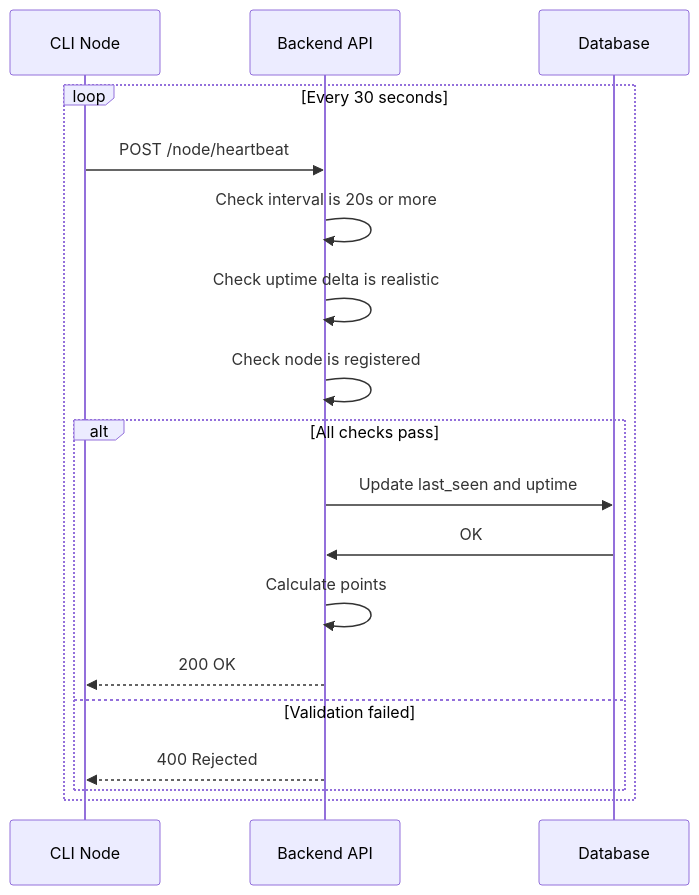
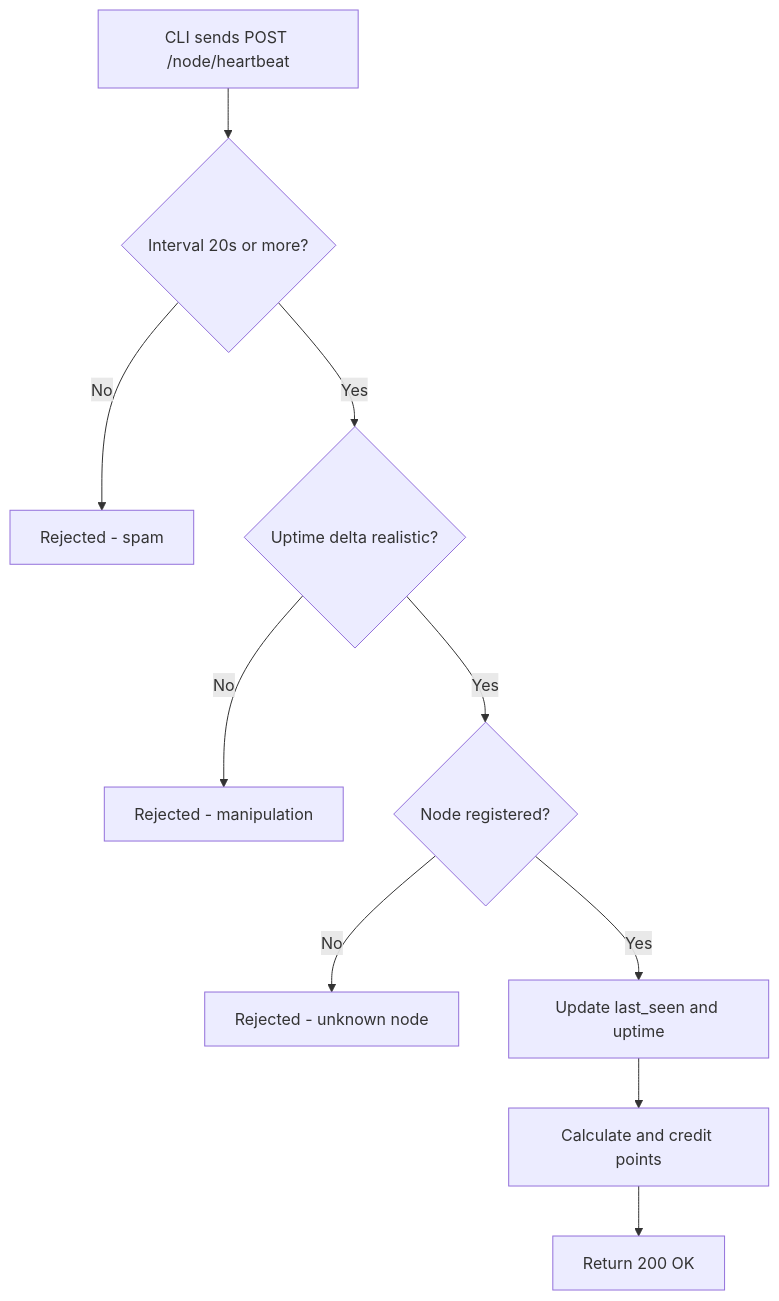
Before and after one commit to Nexora-Node/Docs: the first of 4 diagrams in node-behavior.md, drawn with Mermaid. The commit also changed other lines of this file and 5 other files, not shown here.

Commit message:
docs: remove all custom styles, simplify diagrams for clean GitBook render

````diff
--- a/node-behavior.md
+++ b/node-behavior.md
@@ -7,21 +7,12 @@
 ```mermaid
-sequenceDiagram
-    participant C as CLI Node
-    participant B as Backend API
-    participant D as Database
-
-    loop Every 30 seconds
-        C->>B: POST /node/heartbeat
-        B->>B: Check interval is 20s or more
-        B->>B: Check uptime delta is realistic
-        B->>B: Check node is registered
-        alt All checks pass
-            B->>D: Update last_seen and uptime
-            D->>B: OK
-            B->>B: Calculate points
-            B-->>C: 200 OK
-        else Validation failed
-            B-->>C: 400 Rejected
-        end
-    end
+flowchart TD
+    A[CLI sends POST /node/heartbeat] --> B{Interval 20s or more?}
+    B -->|No| C[Rejected - spam]
+    B -->|Yes| D{Uptime delta realistic?}
+    D -->|No| E[Rejected - manipulation]
+    D -->|Yes| F{Node registered?}
+    F -->|No| G[Rejected - unknown node]
+    F -->|Yes| H[Update last_seen and uptime]
+    H --> I[Calculate and credit points]
+    I --> J[Return 200 OK]
 ```
````
